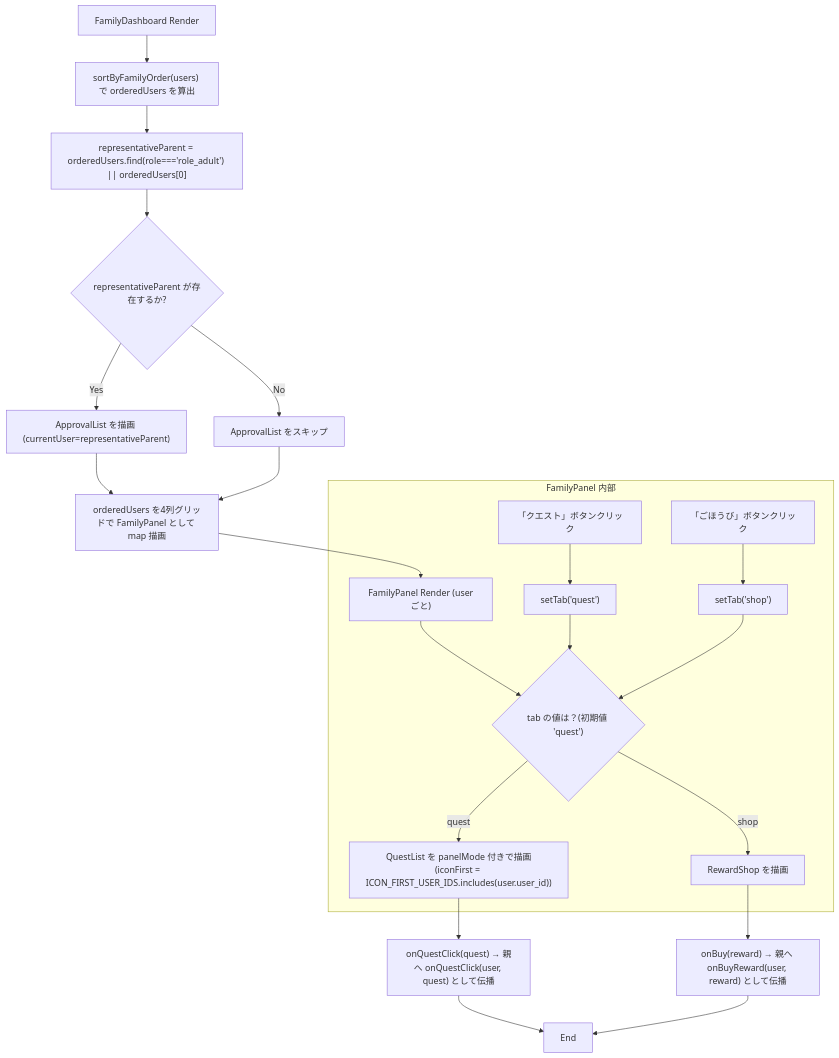
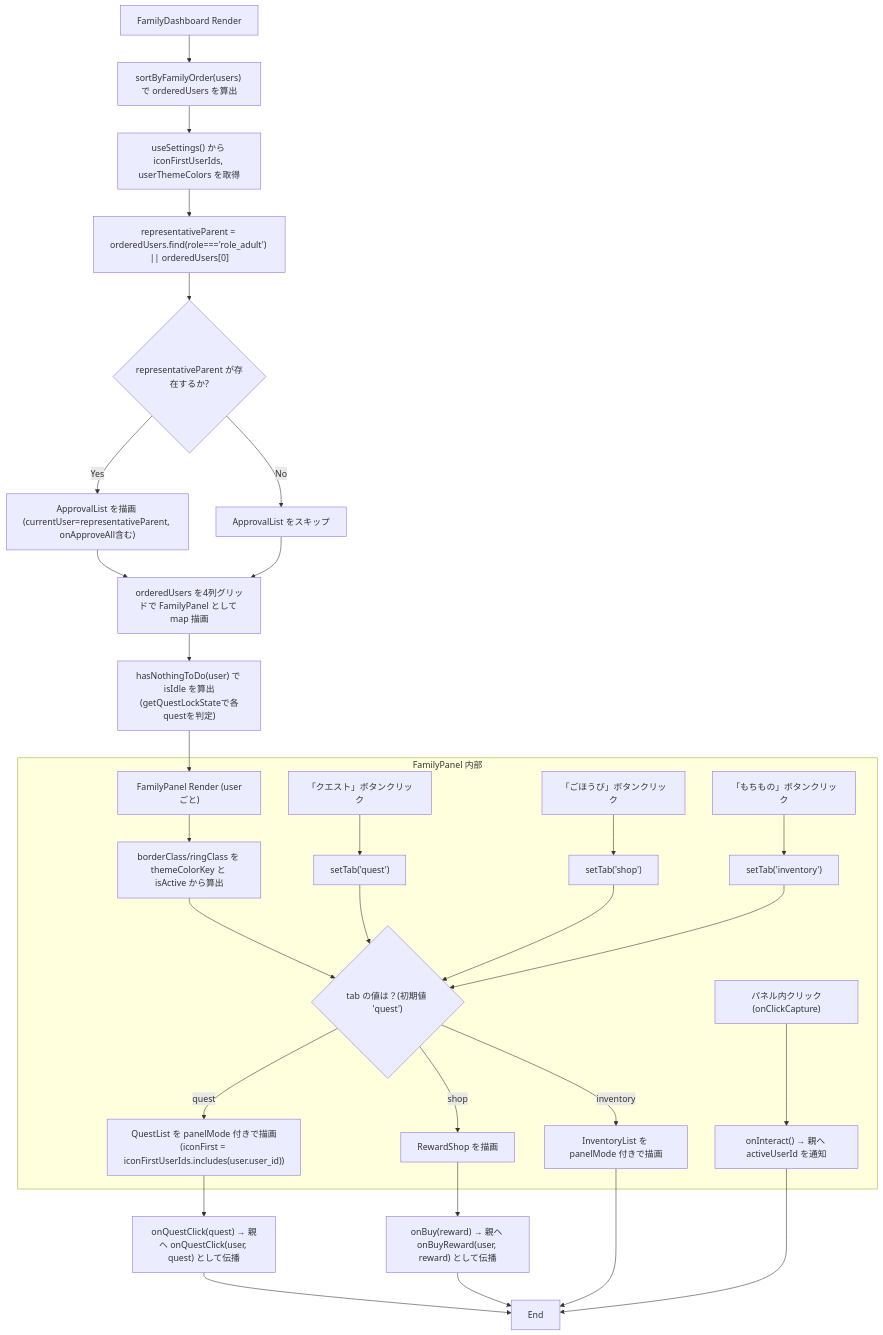
One commit to mmtigers/my_python_project changed the first of 2 diagrams in docs/specifications/family-quest/src/features/family/components/FamilyDashboard.md. Above: the diagram before and after it, drawn with Mermaid. The commit also changed other lines of this file and 65 other files, not shown here.

First line of the commit message:
docs(specifications): resolve spec drift across MY_HOME_SYSTEM/DDD/family-quest

````diff
--- a/docs/specifications/family-quest/src/features/family/components/FamilyDashboard.md
+++ b/docs/specifications/family-quest/src/features/family/components/FamilyDashboard.md
@@ -130,29 +153,38 @@
 ```mermaid
 flowchart TD
     Start["FamilyDashboard Render"] --> SortUsers["sortByFamilyOrder(users) で orderedUsers を算出"]
-    SortUsers --> FindParent["representativeParent = orderedUsers.find(role==='role_adult') || orderedUsers[0]"]
+    SortUsers --> Settings["useSettings() から iconFirstUserIds, userThemeColors を取得"]
+    Settings --> FindParent["representativeParent = orderedUsers.find(role==='role_adult') || orderedUsers[0]"]
     FindParent --> HasParent{"representativeParent が存在するか?"}
-    HasParent -- Yes --> RenderApproval["ApprovalList を描画 (currentUser=representativeParent)"]
+    HasParent -- Yes --> RenderApproval["ApprovalList を描画 (currentUser=representativeParent, onApproveAll含む)"]
     HasParent -- No --> SkipApproval["ApprovalList をスキップ"]
     RenderApproval --> RenderGrid["orderedUsers を4列グリッドで FamilyPanel として map 描画"]
     SkipApproval --> RenderGrid
 
-    RenderGrid --> PanelRender["FamilyPanel Render (userごと)"]
+    RenderGrid --> IdleCheck["hasNothingToDo(user) で isIdle を算出\n(getQuestLockStateで各questを判定)"]
+    IdleCheck --> PanelRender["FamilyPanel Render (userごと)"]
 
     subgraph "FamilyPanel 内部"
-        PanelRender --> TabState{"tab の値は？(初期値 'quest')"}
-        TabState -- "quest" --> RenderQuestList["QuestList を panelMode 付きで描画\n(iconFirst = ICON_FIRST_USER_IDS.includes(user.user_id))"]
+        PanelRender --> BorderCalc["borderClass/ringClass を themeColorKey と isActive から算出"]
+        BorderCalc --> TabState{"tab の値は？(初期値 'quest')"}
+        TabState -- "quest" --> RenderQuestList["QuestList を panelMode 付きで描画\n(iconFirst = iconFirstUserIds.includes(user.user_id))"]
         TabState -- "shop" --> RenderRewardShop["RewardShop を描画"]
+        TabState -- "inventory" --> RenderInventoryList["InventoryList を panelMode 付きで描画"]
         TabClickQuest["「クエスト」ボタンクリック"] --> SetTabQuest["setTab('quest')"]
         TabClickShop["「ごほうび」ボタンクリック"] --> SetTabShop["setTab('shop')"]
+        TabClickInventory["「もちもの」ボタンクリック"] --> SetTabInventory["setTab('inventory')"]
         SetTabQuest --> TabState
         SetTabShop --> TabState
+        SetTabInventory --> TabState
+        PanelClick["パネル内クリック(onClickCapture)"] --> Interact["onInteract() → 親へ activeUserId を通知"]
     end
 
     RenderQuestList --> QuestClickCb["onQuestClick(quest) → 親へ onQuestClick(user, quest) として伝播"]
     RenderRewardShop --> BuyCb["onBuy(reward) → 親へ onBuyReward(user, reward) として伝播"]
 
     QuestClickCb --> End["End"]
     BuyCb --> End
+    RenderInventoryList --> End
+    Interact --> End
 
 ```
````
